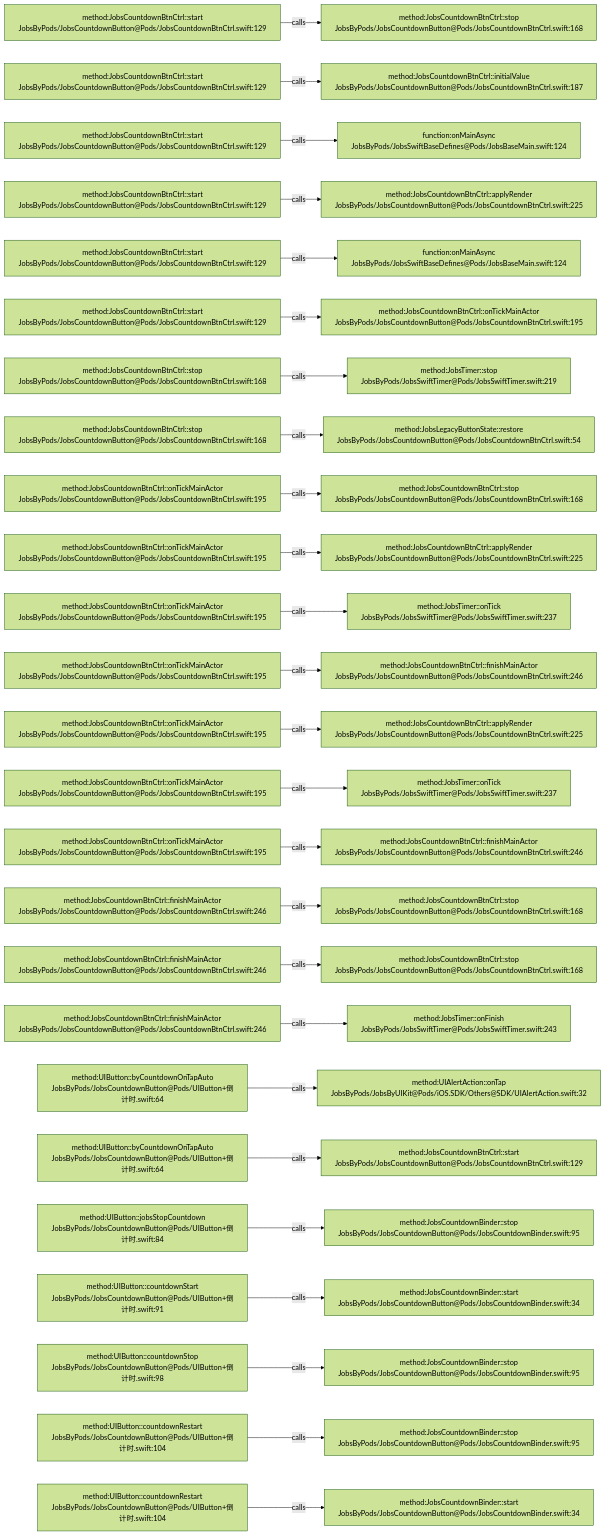
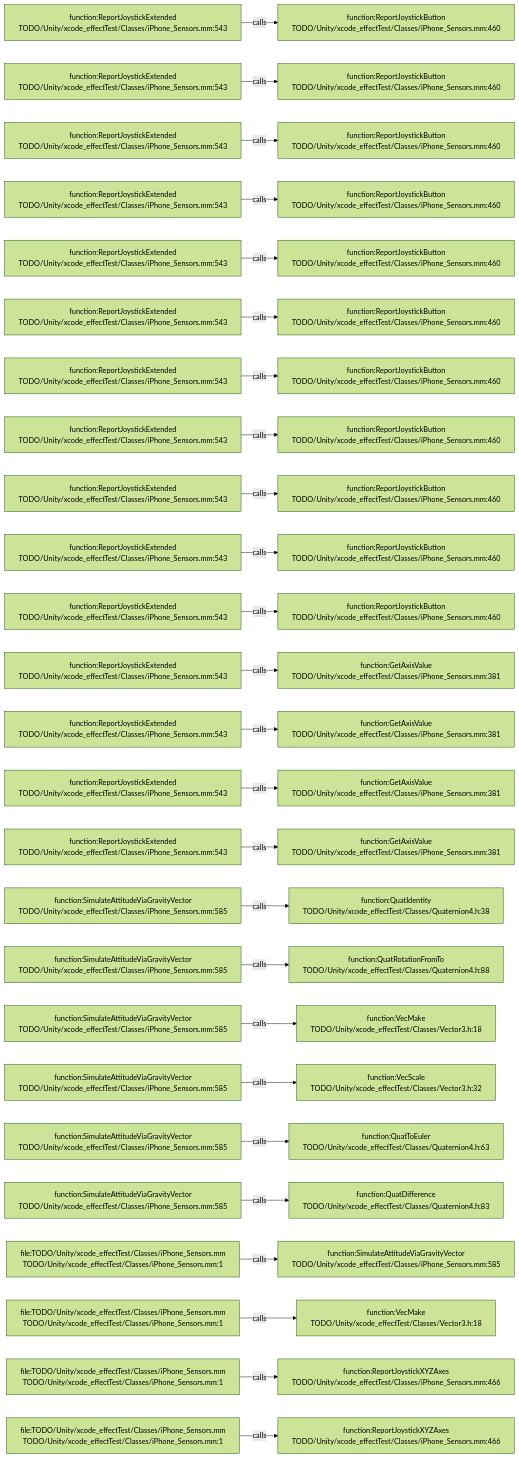
The diagram in .codegraph/codegraph.md/graphs/calls-119.md (JobsKits/JobsSwiftBaseConfigDemo), drawn with Mermaid (forest theme) before and after one commit. The commit also changed 569 other files, not shown here.

````diff
--- a/.codegraph/codegraph.md/graphs/calls-119.md
+++ b/.codegraph/codegraph.md/graphs/calls-119.md
@@ -13,78 +13,78 @@
 ```mermaid
 flowchart LR
-  S1["method:JobsCountdownBtnCtrl::start<br/>JobsByPods/JobsCountdownButton@Pods/JobsCountdownBtnCtrl.swift:129"]
-  T1["method:JobsCountdownBtnCtrl::stop<br/>JobsByPods/JobsCountdownButton@Pods/JobsCountdownBtnCtrl.swift:168"]
+  S1["function:ReportJoystickExtended<br/>TODO/Unity/xcode_effectTest/Classes/iPhone_Sensors.mm:543"]
+  T1["function:ReportJoystickButton<br/>TODO/Unity/xcode_effectTest/Classes/iPhone_Sensors.mm:460"]
   S1 -->|calls| T1
-  S2["method:JobsCountdownBtnCtrl::start<br/>JobsByPods/JobsCountdownButton@Pods/JobsCountdownBtnCtrl.swift:129"]
-  T2["method:JobsCountdownBtnCtrl::initialValue<br/>JobsByPods/JobsCountdownButton@Pods/JobsCountdownBtnCtrl.swift:187"]
+  S2["function:ReportJoystickExtended<br/>TODO/Unity/xcode_effectTest/Classes/iPhone_Sensors.mm:543"]
+  T2["function:ReportJoystickButton<br/>TODO/Unity/xcode_effectTest/Classes/iPhone_Sensors.mm:460"]
   S2 -->|calls| T2
-  S3["method:JobsCountdownBtnCtrl::start<br/>JobsByPods/JobsCountdownButton@Pods/JobsCountdownBtnCtrl.swift:129"]
-  T3["function:onMainAsync<br/>JobsByPods/JobsSwiftBaseDefines@Pods/JobsBaseMain.swift:124"]
+  S3["function:ReportJoystickExtended<br/>TODO/Unity/xcode_effectTest/Classes/iPhone_Sensors.mm:543"]
+  T3["function:ReportJoystickButton<br/>TODO/Unity/xcode_effectTest/Classes/iPhone_Sensors.mm:460"]
   S3 -->|calls| T3
-  S4["method:JobsCountdownBtnCtrl::start<br/>JobsByPods/JobsCountdownButton@Pods/JobsCountdownBtnCtrl.swift:129"]
-  T4["method:JobsCountdownBtnCtrl::applyRender<br/>JobsByPods/JobsCountdownButton@Pods/JobsCountdownBtnCtrl.swift:225"]
+  S4["function:ReportJoystickExtended<br/>TODO/Unity/xcode_effectTest/Classes/iPhone_Sensors.mm:543"]
+  T4["function:ReportJoystickButton<br/>TODO/Unity/xcode_effectTest/Classes/iPhone_Sensors.mm:460"]
   S4 -->|calls| T4
-  S5["method:JobsCountdownBtnCtrl::start<br/>JobsByPods/JobsCountdownButton@Pods/JobsCountdownBtnCtrl.swift:129"]
-  T5["function:onMainAsync<br/>JobsByPods/JobsSwiftBaseDefines@Pods/JobsBaseMain.swift:124"]
+  S5["function:ReportJoystickExtended<br/>TODO/Unity/xcode_effectTest/Classes/iPhone_Sensors.mm:543"]
+  T5["function:ReportJoystickButton<br/>TODO/Unity/xcode_effectTest/Classes/iPhone_Sensors.mm:460"]
   S5 -->|calls| T5
-  S6["method:JobsCountdownBtnCtrl::start<br/>JobsByPods/JobsCountdownButton@Pods/JobsCountdownBtnCtrl.swift:129"]
-  T6["method:JobsCountdownBtnCtrl::onTickMainActor<br/>JobsByPods/JobsCountdownButton@Pods/JobsCountdownBtnCtrl.swift:195"]
+  S6["function:ReportJoystickExtended<br/>TODO/Unity/xcode_effectTest/Classes/iPhone_Sensors.mm:543"]
+  T6["function:ReportJoystickButton<br/>TODO/Unity/xcode_effectTest/Classes/iPhone_Sensors.mm:460"]
   S6 -->|calls| T6
-  S7["method:JobsCountdownBtnCtrl::stop<br/>JobsByPods/JobsCountdownButton@Pods/JobsCountdownBtnCtrl.swift:168"]
-  T7["method:JobsTimer::stop<br/>JobsByPods/JobsSwiftTimer@Pods/JobsSwiftTimer.swift:219"]
+  S7["function:ReportJoystickExtended<br/>TODO/Unity/xcode_effectTest/Classes/iPhone_Sensors.mm:543"]
+  T7["function:ReportJoystickButton<br/>TODO/Unity/xcode_effectTest/Classes/iPhone_Sensors.mm:460"]
   S7 -->|calls| T7
-  S8["method:JobsCountdownBtnCtrl::stop<br/>JobsByPods/JobsCountdownButton@Pods/JobsCountdownBtnCtrl.swift:168"]
-  T8["method:JobsLegacyButtonState::restore<br/>JobsByPods/JobsCountdownButton@Pods/JobsCountdownBtnCtrl.swift:54"]
+  S8["function:ReportJoystickExtended<br/>TODO/Unity/xcode_effectTest/Classes/iPhone_Sensors.mm:543"]
+  T8["function:ReportJoystickButton<br/>TODO/Unity/xcode_effectTest/Classes/iPhone_Sensors.mm:460"]
   S8 -->|calls| T8
-  S9["method:JobsCountdownBtnCtrl::onTickMainActor<br/>JobsByPods/JobsCountdownButton@Pods/JobsCountdownBtnCtrl.swift:195"]
-  T9["method:JobsCountdownBtnCtrl::stop<br/>JobsByPods/JobsCountdownButton@Pods/JobsCountdownBtnCtrl.swift:168"]
+  S9["function:ReportJoystickExtended<br/>TODO/Unity/xcode_effectTest/Classes/iPhone_Sensors.mm:543"]
+  T9["function:ReportJoystickButton<br/>TODO/Unity/xcode_effectTest/Classes/iPhone_Sensors.mm:460"]
   S9 -->|calls| T9
-  S10["method:JobsCountdownBtnCtrl::onTickMainActor<br/>JobsByPods/JobsCountdownButton@Pods/JobsCountdownBtnCtrl.swift:195"]
-  T10["method:JobsCountdownBtnCtrl::applyRender<br/>JobsByPods/JobsCountdownButton@Pods/JobsCountdownBtnCtrl.swift:225"]
+  S10["function:ReportJoystickExtended<br/>TODO/Unity/xcode_effectTest/Classes/iPhone_Sensors.mm:543"]
+  T10["function:ReportJoystickButton<br/>TODO/Unity/xcode_effectTest/Classes/iPhone_Sensors.mm:460"]
   S10 -->|calls| T10
-  S11["method:JobsCountdownBtnCtrl::onTickMainActor<br/>JobsByPods/JobsCountdownButton@Pods/JobsCountdownBtnCtrl.swift:195"]
-  T11["method:JobsTimer::onTick<br/>JobsByPods/JobsSwiftTimer@Pods/JobsSwiftTimer.swift:237"]
+  S11["function:ReportJoystickExtended<br/>TODO/Unity/xcode_effectTest/Classes/iPhone_Sensors.mm:543"]
+  T11["function:ReportJoystickButton<br/>TODO/Unity/xcode_effectTest/Classes/iPhone_Sensors.mm:460"]
   S11 -->|calls| T11
-  S12["method:JobsCountdownBtnCtrl::onTickMainActor<br/>JobsByPods/JobsCountdownButton@Pods/JobsCountdownBtnCtrl.swift:195"]
-  T12["method:JobsCountdownBtnCtrl::finishMainActor<br/>JobsByPods/JobsCountdownButton@Pods/JobsCountdownBtnCtrl.swift:246"]
+  S12["function:ReportJoystickExtended<br/>TODO/Unity/xcode_effectTest/Classes/iPhone_Sensors.mm:543"]
+  T12["function:GetAxisValue<br/>TODO/Unity/xcode_effectTest/Classes/iPhone_Sensors.mm:381"]
   S12 -->|calls| T12
-  S13["method:JobsCountdownBtnCtrl::onTickMainActor<br/>JobsByPods/JobsCountdownButton@Pods/JobsCountdownBtnCtrl.swift:195"]
-  T13["method:JobsCountdownBtnCtrl::applyRender<br/>JobsByPods/JobsCountdownButton@Pods/JobsCountdownBtnCtrl.swift:225"]
+  S13["function:ReportJoystickExtended<br/>TODO/Unity/xcode_effectTest/Classes/iPhone_Sensors.mm:543"]
+  T13["function:GetAxisValue<br/>TODO/Unity/xcode_effectTest/Classes/iPhone_Sensors.mm:381"]
   S13 -->|calls| T13
-  S14["method:JobsCountdownBtnCtrl::onTickMainActor<br/>JobsByPods/JobsCountdownButton@Pods/JobsCountdownBtnCtrl.swift:195"]
-  T14["method:JobsTimer::onTick<br/>JobsByPods/JobsSwiftTimer@Pods/JobsSwiftTimer.swift:237"]
+  S14["function:ReportJoystickExtended<br/>TODO/Unity/xcode_effectTest/Classes/iPhone_Sensors.mm:543"]
+  T14["function:GetAxisValue<br/>TODO/Unity/xcode_effectTest/Classes/iPhone_Sensors.mm:381"]
   S14 -->|calls| T14
-  S15["method:JobsCountdownBtnCtrl::onTickMainActor<br/>JobsByPods/JobsCountdownButton@Pods/JobsCountdownBtnCtrl.swift:195"]
-  T15["method:JobsCountdownBtnCtrl::finishMainActor<br/>JobsByPods/JobsCountdownButton@Pods/JobsCountdownBtnCtrl.swift:246"]
+  S15["function:ReportJoystickExtended<br/>TODO/Unity/xcode_effectTest/Classes/iPhone_Sensors.mm:543"]
+  T15["function:GetAxisValue<br/>TODO/Unity/xcode_effectTest/Classes/iPhone_Sensors.mm:381"]
   S15 -->|calls| T15
-  S16["method:JobsCountdownBtnCtrl::finishMainActor<br/>JobsByPods/JobsCountdownButton@Pods/JobsCountdownBtnCtrl.swift:246"]
-  T16["method:JobsCountdownBtnCtrl::stop<br/>JobsByPods/JobsCountdownButton@Pods/JobsCountdownBtnCtrl.swift:168"]
+  S16["function:SimulateAttitudeViaGravityVector<br/>TODO/Unity/xcode_effectTest/Classes/iPhone_Sensors.mm:585"]
+  T16["function:QuatIdentity<br/>TODO/Unity/xcode_effectTest/Classes/Quaternion4.h:38"]
   S16 -->|calls| T16
-  S17["method:JobsCountdownBtnCtrl::finishMainActor<br/>JobsByPods/JobsCountdownButton@Pods/JobsCountdownBtnCtrl.swift:246"]
-  T17["method:JobsCountdownBtnCtrl::stop<br/>JobsByPods/JobsCountdownButton@Pods/JobsCountdownBtnCtrl.swift:168"]
+  S17["function:SimulateAttitudeViaGravityVector<br/>TODO/Unity/xcode_effectTest/Classes/iPhone_Sensors.mm:585"]
+  T17["function:QuatRotationFromTo<br/>TODO/Unity/xcode_effectTest/Classes/Quaternion4.h:88"]
   S17 -->|calls| T17
-  S18["method:JobsCountdownBtnCtrl::finishMainActor<br/>JobsByPods/JobsCountdownButton@Pods/JobsCountdownBtnCtrl.swift:246"]
-  T18["method:JobsTimer::onFinish<br/>JobsByPods/JobsSwiftTimer@Pods/JobsSwiftTimer.swift:243"]
+  S18["function:SimulateAttitudeViaGravityVector<br/>TODO/Unity/xcode_effectTest/Classes/iPhone_Sensors.mm:585"]
+  T18["function:VecMake<br/>TODO/Unity/xcode_effectTest/Classes/Vector3.h:18"]
   S18 -->|calls| T18
-  S19["method:UIButton::byCountdownOnTapAuto<br/>JobsByPods/JobsCountdownButton@Pods/UIButton+倒计时.swift:64"]
-  T19["method:UIAlertAction::onTap<br/>JobsByPods/JobsByUIKit@Pods/iOS.SDK/Others@SDK/UIAlertAction.swift:32"]
+  S19["function:SimulateAttitudeViaGravityVector<br/>TODO/Unity/xcode_effectTest/Classes/iPhone_Sensors.mm:585"]
+  T19["function:VecScale<br/>TODO/Unity/xcode_effectTest/Classes/Vector3.h:32"]
   S19 -->|calls| T19
-  S20["method:UIButton::byCountdownOnTapAuto<br/>JobsByPods/JobsCountdownButton@Pods/UIButton+倒计时.swift:64"]
-  T20["method:JobsCountdownBtnCtrl::start<br/>JobsByPods/JobsCountdownButton@Pods/JobsCountdownBtnCtrl.swift:129"]
+  S20["function:SimulateAttitudeViaGravityVector<br/>TODO/Unity/xcode_effectTest/Classes/iPhone_Sensors.mm:585"]
+  T20["function:QuatToEuler<br/>TODO/Unity/xcode_effectTest/Classes/Quaternion4.h:63"]
   S20 -->|calls| T20
-  S21["method:UIButton::jobsStopCountdown<br/>JobsByPods/JobsCountdownButton@Pods/UIButton+倒计时.swift:84"]
-  T21["method:JobsCountdownBinder::stop<br/>JobsByPods/JobsCountdownButton@Pods/JobsCountdownBinder.swift:95"]
+  S21["function:SimulateAttitudeViaGravityVector<br/>TODO/Unity/xcode_effectTest/Classes/iPhone_Sensors.mm:585"]
+  T21["function:QuatDifference<br/>TODO/Unity/xcode_effectTest/Classes/Quaternion4.h:83"]
   S21 -->|calls| T21
-  S22["method:UIButton::countdownStart<br/>JobsByPods/JobsCountdownButton@Pods/UIButton+倒计时.swift:91"]
-  T22["method:JobsCountdownBinder::start<br/>JobsByPods/JobsCountdownButton@Pods/JobsCountdownBinder.swift:34"]
+  S22["file:TODO/Unity/xcode_effectTest/Classes/iPhone_Sensors.mm<br/>TODO/Unity/xcode_effectTest/Classes/iPhone_Sensors.mm:1"]
+  T22["function:SimulateAttitudeViaGravityVector<br/>TODO/Unity/xcode_effectTest/Classes/iPhone_Sensors.mm:585"]
   S22 -->|calls| T22
-  S23["method:UIButton::countdownStop<br/>JobsByPods/JobsCountdownButton@Pods/UIButton+倒计时.swift:98"]
-  T23["method:JobsCountdownBinder::stop<br/>JobsByPods/JobsCountdownButton@Pods/JobsCountdownBinder.swift:95"]
+  S23["file:TODO/Unity/xcode_effectTest/Classes/iPhone_Sensors.mm<br/>TODO/Unity/xcode_effectTest/Classes/iPhone_Sensors.mm:1"]
+  T23["function:VecMake<br/>TODO/Unity/xcode_effectTest/Classes/Vector3.h:18"]
   S23 -->|calls| T23
-  S24["method:UIButton::countdownRestart<br/>JobsByPods/JobsCountdownButton@Pods/UIButton+倒计时.swift:104"]
-  T24["method:JobsCountdownBinder::stop<br/>JobsByPods/JobsCountdownButton@Pods/JobsCountdownBinder.swift:95"]
+  S24["file:TODO/Unity/xcode_effectTest/Classes/iPhone_Sensors.mm<br/>TODO/Unity/xcode_effectTest/Classes/iPhone_Sensors.mm:1"]
+  T24["function:ReportJoystickXYZAxes<br/>TODO/Unity/xcode_effectTest/Classes/iPhone_Sensors.mm:466"]
   S24 -->|calls| T24
-  S25["method:UIButton::countdownRestart<br/>JobsByPods/JobsCountdownButton@Pods/UIButton+倒计时.swift:104"]
-  T25["method:JobsCountdownBinder::start<br/>JobsByPods/JobsCountdownButton@Pods/JobsCountdownBinder.swift:34"]
+  S25["file:TODO/Unity/xcode_effectTest/Classes/iPhone_Sensors.mm<br/>TODO/Unity/xcode_effectTest/Classes/iPhone_Sensors.mm:1"]
+  T25["function:ReportJoystickXYZAxes<br/>TODO/Unity/xcode_effectTest/Classes/iPhone_Sensors.mm:466"]
   S25 -->|calls| T25
 ```
````
